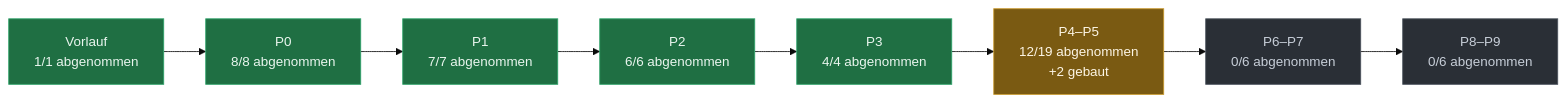
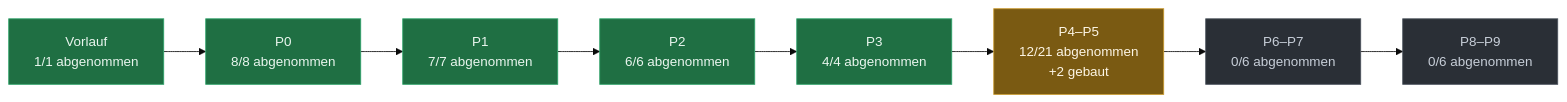
One commit to evenacadia-tech/Nakama changed the diagram in docs/PLAN-STAND.md. Above: the diagram before and after it, drawn with Mermaid (base theme). The commit also changed other lines of this file and 7 other files, not shown here.

````diff
--- a/docs/PLAN-STAND.md
+++ b/docs/PLAN-STAND.md
@@ -40,21 +40,21 @@
 ```mermaid
 flowchart LR
   P0["Vorlauf<br/>1/1 abgenommen"]:::fertig
   P1["P0<br/>8/8 abgenommen"]:::fertig
   P0 --> P1
   P2["P1<br/>7/7 abgenommen"]:::fertig
   P1 --> P2
   P3["P2<br/>6/6 abgenommen"]:::fertig
   P2 --> P3
   P4["P3<br/>4/4 abgenommen"]:::fertig
   P3 --> P4
-  P5["P4–P5<br/>12/19 abgenommen<br/>+2 gebaut"]:::laeuft
+  P5["P4–P5<br/>12/21 abgenommen<br/>+2 gebaut"]:::laeuft
   P4 --> P5
   P6["P6–P7<br/>0/6 abgenommen"]:::offen
   P5 --> P6
   P7["P8–P9<br/>0/6 abgenommen"]:::offen
   P6 --> P7
   classDef fertig fill:#1f6f43,stroke:#2ea36a,color:#eaf6ef
   classDef laeuft fill:#7a5a12,stroke:#c99a2e,color:#fdf6e6
   classDef offen  fill:#2a2f36,stroke:#4a525c,color:#c7ced8
 ```
````
